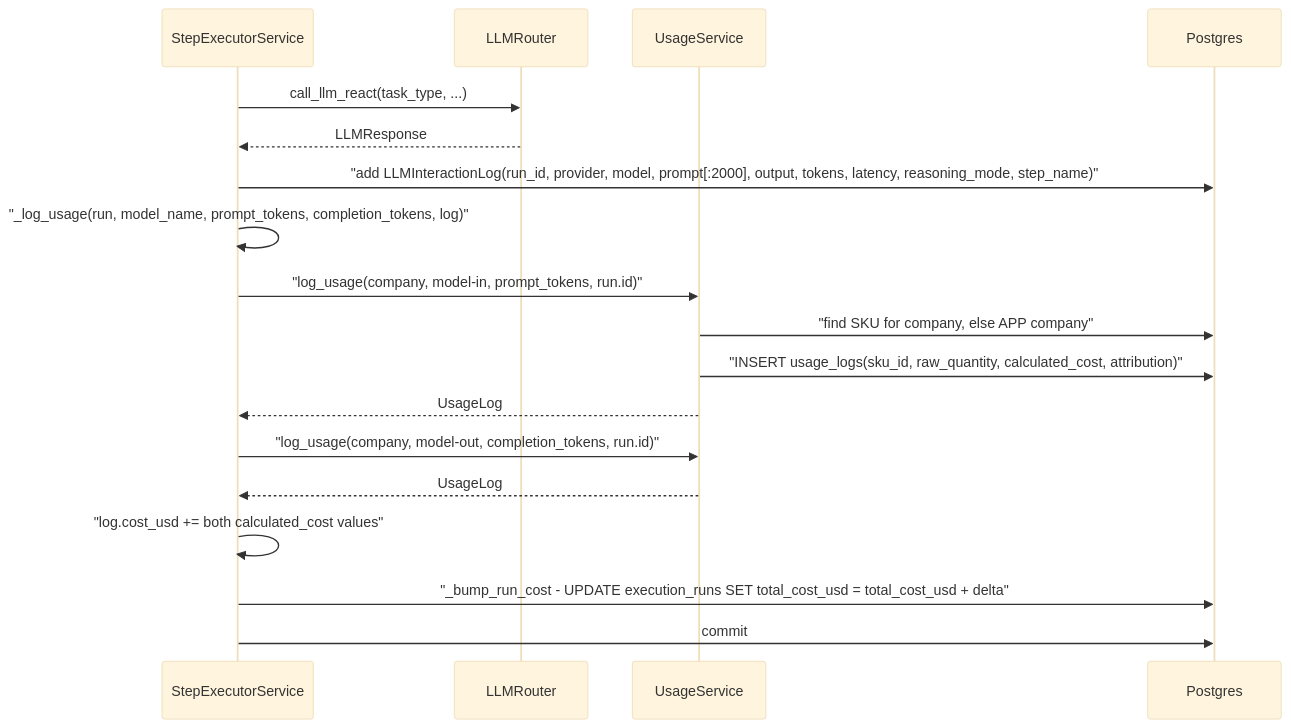
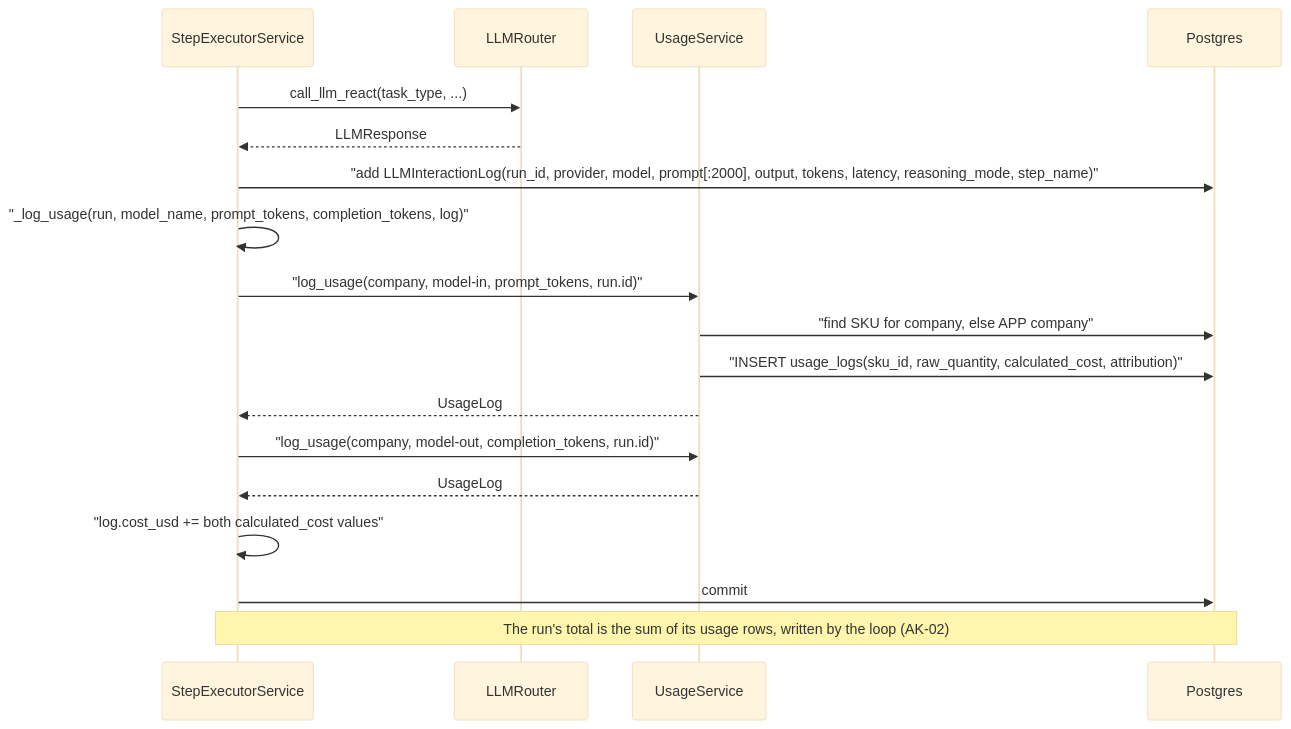
Before and after one commit to gondolerahul/hire-buddha-app: diagram 16 of 23 in docs/current/10-llm-providers.md, drawn with Mermaid (base theme). The commit also changed 26 other files, not shown here.

````diff
--- a/docs/current/10-llm-providers.md
+++ b/docs/current/10-llm-providers.md
@@ -1399,21 +1399,21 @@
 ```mermaid
 sequenceDiagram
     participant SE as StepExecutorService
     participant R as LLMRouter
     participant US as UsageService
     participant DB as Postgres
 
     SE->>R: call_llm_react(task_type, ...)
     R-->>SE: LLMResponse
     SE->>DB: "add LLMInteractionLog(run_id, provider, model, prompt[:2000], output, tokens, latency, reasoning_mode, step_name)"
     SE->>SE: "_log_usage(run, model_name, prompt_tokens, completion_tokens, log)"
     SE->>US: "log_usage(company, model-in, prompt_tokens, run.id)"
     US->>DB: "find SKU for company, else APP company"
     US->>DB: "INSERT usage_logs(sku_id, raw_quantity, calculated_cost, attribution)"
     US-->>SE: UsageLog
     SE->>US: "log_usage(company, model-out, completion_tokens, run.id)"
     US-->>SE: UsageLog
     SE->>SE: "log.cost_usd += both calculated_cost values"
-    SE->>DB: "_bump_run_cost - UPDATE execution_runs SET total_cost_usd = total_cost_usd + delta"
     SE->>DB: commit
+    Note over SE,DB: The run's total is the sum of its usage rows, written by the loop (AK-02)
 ```
````
